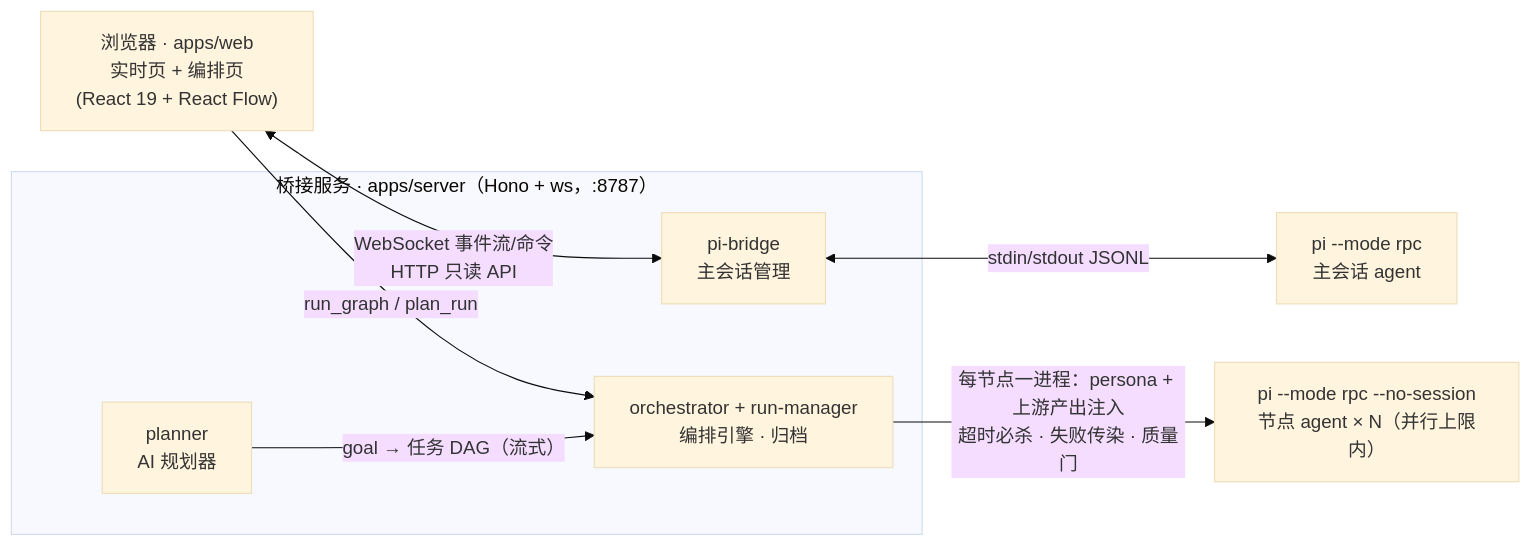
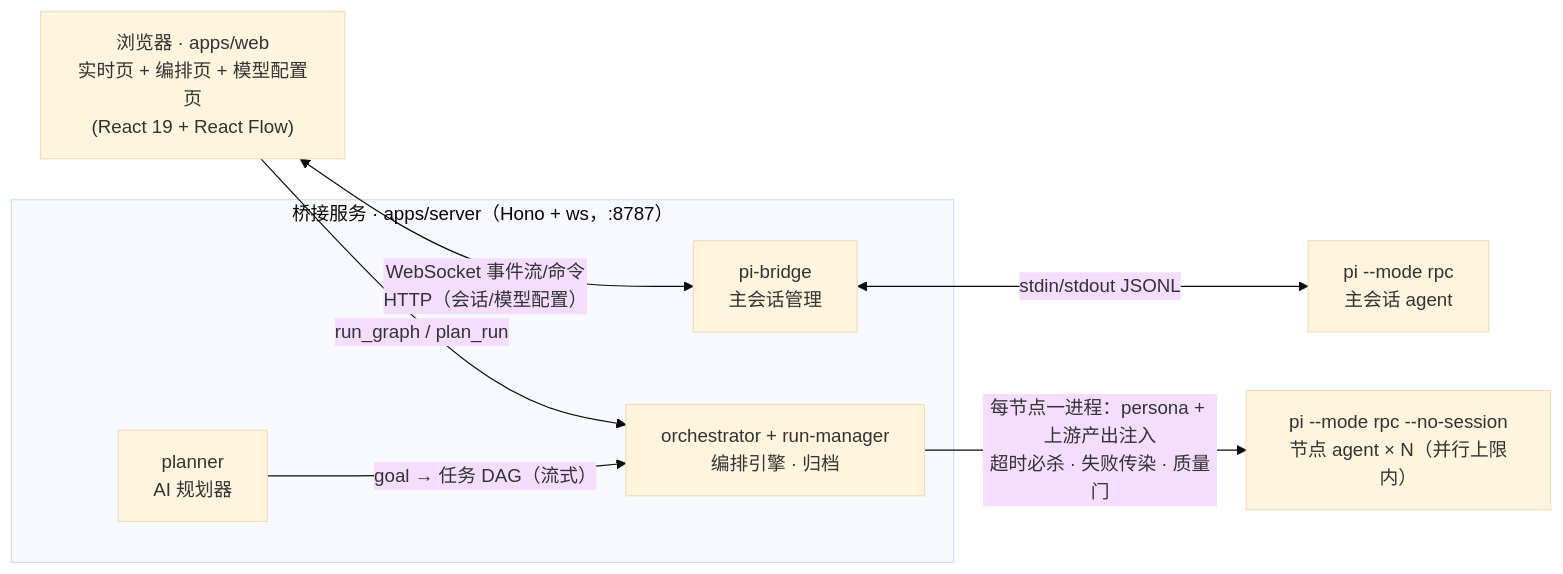
One commit to Teddy9710/pi-graph-ui changed the diagram in README.md. Above: the diagram before and after it, drawn with Mermaid (base theme). The commit also changed other lines of this file and 15 other files, not shown here.

````diff
--- a/README.md
+++ b/README.md
@@ -99,19 +108,19 @@
 ```mermaid
 flowchart LR
-    UI["浏览器 · apps/web<br/>实时页 + 编排页<br/>(React 19 + React Flow)"]
+    UI["浏览器 · apps/web<br/>实时页 + 编排页 + 模型配置页<br/>(React 19 + React Flow)"]
 
     subgraph SRV["桥接服务 · apps/server（Hono + ws，:8787）"]
         BR["pi-bridge<br/>主会话管理"]
         RM["orchestrator + run-manager<br/>编排引擎 · 归档"]
         PL["planner<br/>AI 规划器"]
     end
 
     MAIN["pi --mode rpc<br/>主会话 agent"]
     NODES["pi --mode rpc --no-session<br/>节点 agent × N（并行上限内）"]
 
-    UI <-->|"WebSocket 事件流/命令<br/>HTTP 只读 API"| BR
+    UI <-->|"WebSocket 事件流/命令<br/>HTTP（会话/模型配置）"| BR
     UI -->|"run_graph / plan_run"| RM
     PL -->|"goal → 任务 DAG（流式）"| RM
     RM -->|"每节点一进程：persona + 上游产出注入<br/>超时必杀 · 失败传染 · 质量门"| NODES
     BR <-->|"stdin/stdout JSONL"| MAIN
 ```
````
